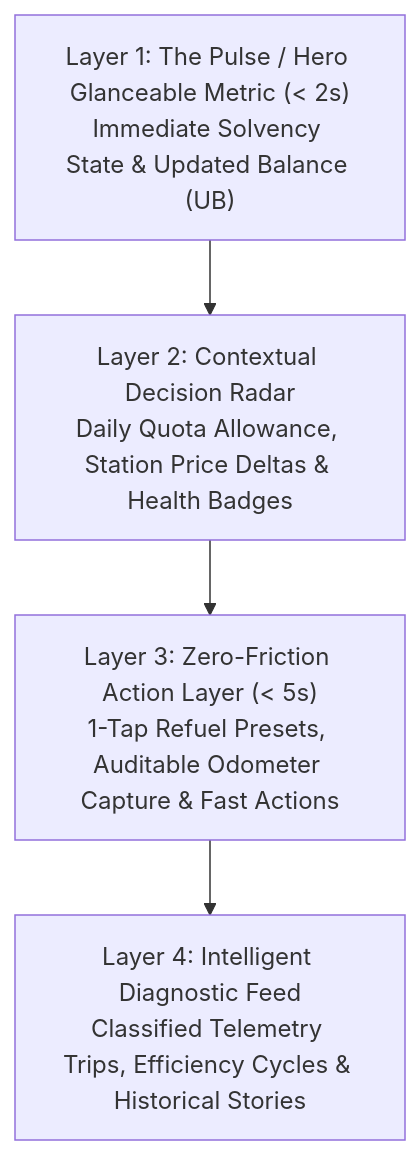
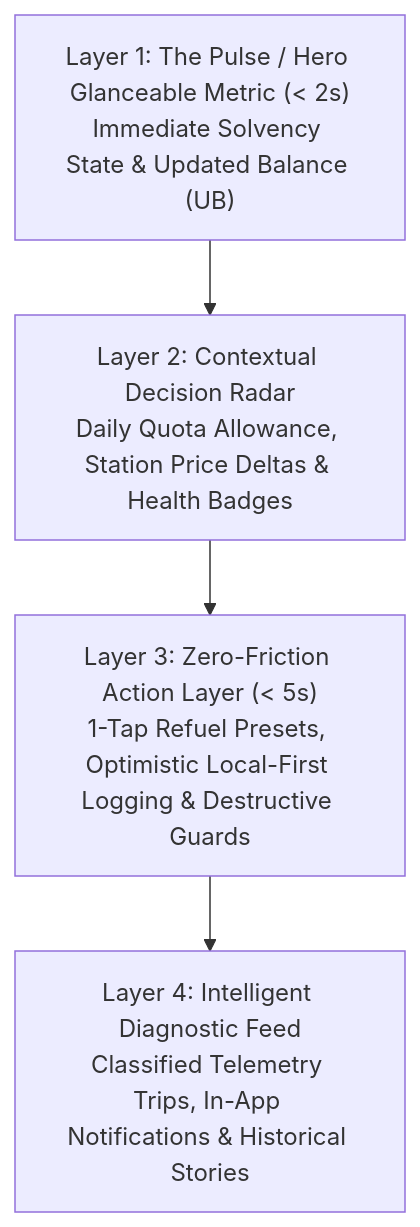
The second of 2 diagrams in README.md (joshluq/kilomenos-android), drawn with Mermaid before and after one commit. The commit also changed other lines of this file, not shown here.

Commit message:
docs: update README with v0.2.5 architecture, new modules, and recent feature engines

````diff
--- a/README.md
+++ b/README.md
@@ -37,6 +40,6 @@
 ```mermaid
 graph TD
     L1["Layer 1: The Pulse / Hero Glanceable Metric (< 2s)<br/>Immediate Solvency State & Updated Balance (UB)"] --> L2["Layer 2: Contextual Decision Radar<br/>Daily Quota Allowance, Station Price Deltas & Health Badges"]
-    L2 --> L3["Layer 3: Zero-Friction Action Layer (< 5s)<br/>1-Tap Refuel Presets, Auditable Odometer Capture & Fast Actions"]
-    L3 --> L4["Layer 4: Intelligent Diagnostic Feed<br/>Classified Telemetry Trips, Efficiency Cycles & Historical Stories"]
+    L2 --> L3["Layer 3: Zero-Friction Action Layer (< 5s)<br/>1-Tap Refuel Presets, Optimistic Local-First Logging & Destructive Guards"]
+    L3 --> L4["Layer 4: Intelligent Diagnostic Feed<br/>Classified Telemetry Trips, In-App Notifications & Historical Stories"]
 ```
````
